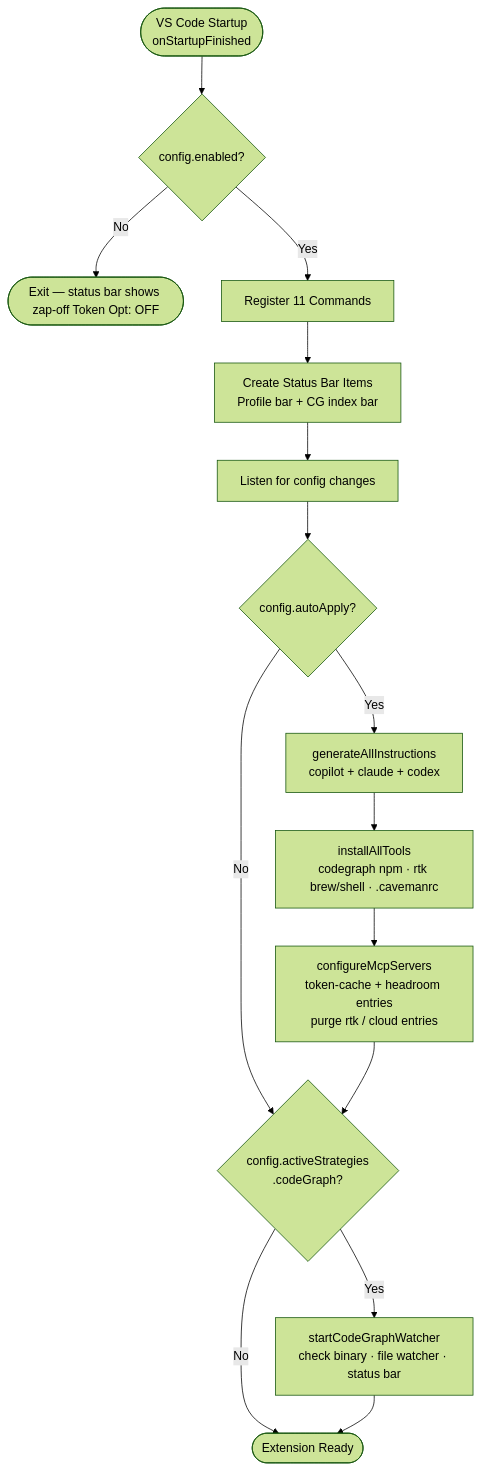
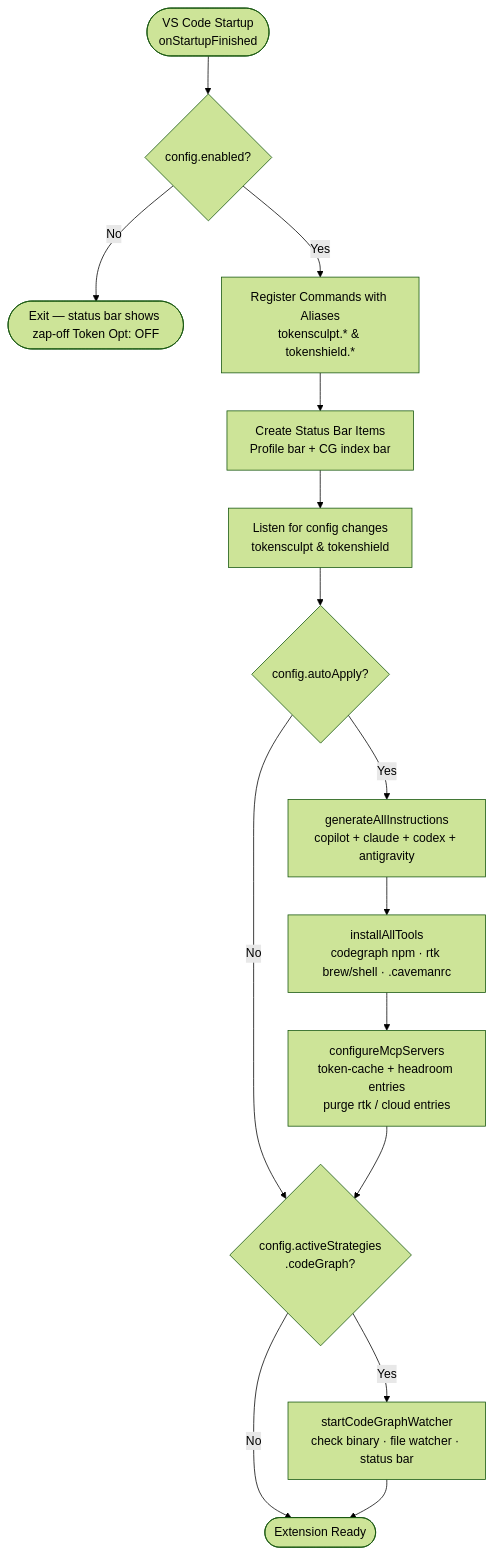
The second of 9 diagrams in ARCHITECTURE.md (sarfudheen/tokenshield), drawn with Mermaid (forest theme) before and after one commit. The commit also changed other lines of this file and 43 other files, not shown here.

````diff
--- a/ARCHITECTURE.md
+++ b/ARCHITECTURE.md
@@ -154,17 +154,17 @@
 ```mermaid
 flowchart TD
     A([VS Code Startup\nonStartupFinished]) --> B{config.enabled?}
     B -- No --> Z([Exit — status bar shows zap-off Token Opt: OFF])
-    B -- Yes --> C[Register 11 Commands]
+    B -- Yes --> C[Register Commands with Aliases\ntokensculpt.* & tokenshield.*]
     C --> D[Create Status Bar Items\nProfile bar + CG index bar]
-    D --> E[Listen for config changes]
+    D --> E[Listen for config changes\ntokensculpt & tokenshield]
     E --> F{config.autoApply?}
     F -- No --> H
-    F -- Yes --> G1[generateAllInstructions\ncopilot + claude + codex]
+    F -- Yes --> G1[generateAllInstructions\ncopilot + claude + codex + antigravity]
     G1 --> G2[installAllTools\ncodegraph npm · rtk brew/shell · .cavemanrc]
     G2 --> G3[configureMcpServers\ntoken-cache + headroom entries\npurge rtk / cloud entries]
     G3 --> H{config.activeStrategies\n.codeGraph?}
     H -- Yes --> I[startCodeGraphWatcher\ncheck binary · file watcher · status bar]
     H -- No --> J
     I --> J([Extension Ready])
 ```
````
